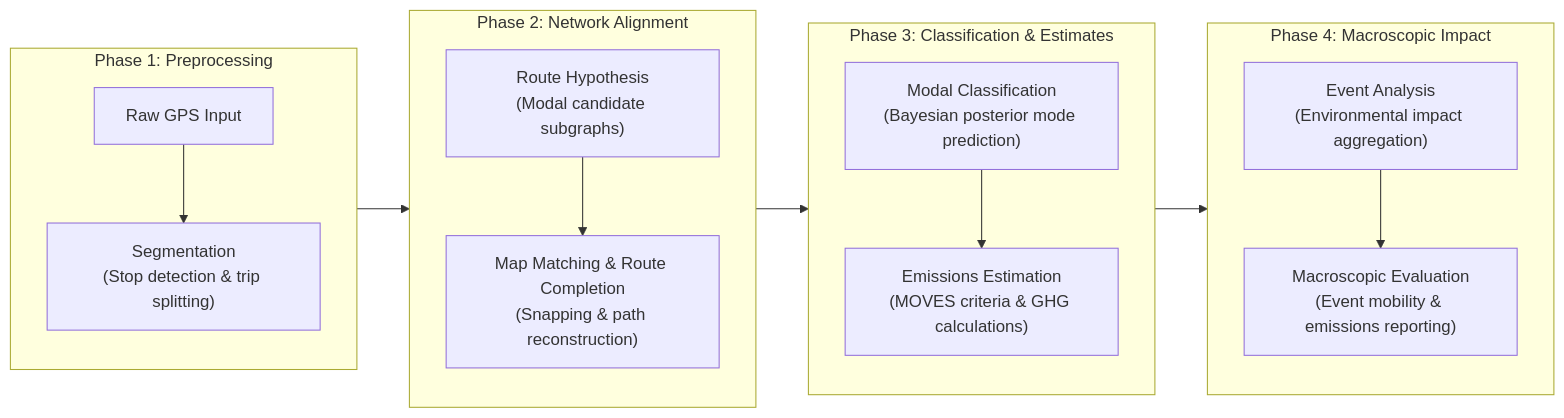
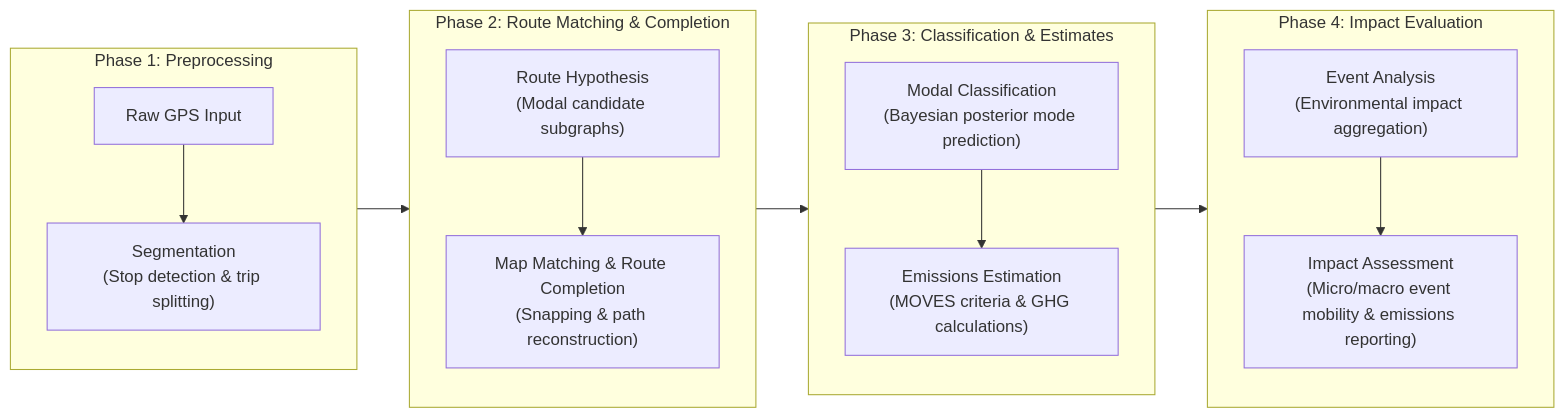
One commit to vladimirp07/gps-emissions-pipeline changed the diagram in README.md. Above: the diagram before and after it, drawn with Mermaid. The commit also changed other lines of this file, not shown here.

Commit message:
docs: renombrar fase 2 y actualizar a evaluacion de impacto multiescala (micro/macro)

````diff
--- a/README.md
+++ b/README.md
@@ -9,27 +9,27 @@
 ```mermaid
 flowchart LR
     subgraph Phase1 ["Phase 1: Preprocessing"]
         direction TD
         A["Raw GPS Input"] --> B["Segmentation<br>(Stop detection & trip splitting)"]
     end
 
-    subgraph Phase2 ["Phase 2: Network Alignment"]
+    subgraph Phase2 ["Phase 2: Route Matching & Completion"]
         direction TD
         C["Route Hypothesis<br>(Modal candidate subgraphs)"] --> D["Map Matching & Route Completion<br>(Snapping & path reconstruction)"]
     end
 
     subgraph Phase3 ["Phase 3: Classification & Estimates"]
         direction TD
         E["Modal Classification<br>(Bayesian posterior mode prediction)"] --> F["Emissions Estimation<br>(MOVES criteria & GHG calculations)"]
     end
 
-    subgraph Phase4 ["Phase 4: Macroscopic Impact"]
+    subgraph Phase4 ["Phase 4: Impact Evaluation"]
         direction TD
-        G["Event Analysis<br>(Environmental impact aggregation)"] --> H["Macroscopic Evaluation<br>(Event mobility & emissions reporting)"]
+        G["Event Analysis<br>(Environmental impact aggregation)"] --> H["Impact Assessment<br>(Micro/macro event mobility & emissions reporting)"]
     end
 
     %% Conexión horizontal directa entre los contenedores globales
     Phase1 --> Phase2
     Phase2 --> Phase3
     Phase3 --> Phase4
 ```
````
